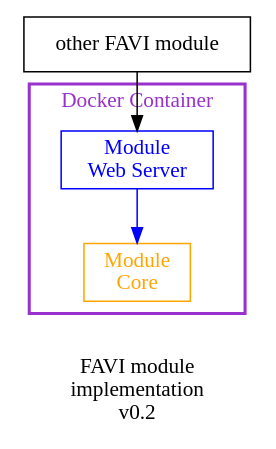
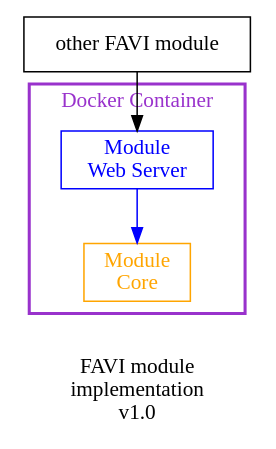
One commit to guild-st-isidore-TO/fabrica-virtualis changed the diagram in static/design/dot/favi-module.dot. Above: the diagram before and after it, drawn with Graphviz. The commit also changed 7 other files, not shown here.

```diff
--- a/static/design/dot/favi-module.dot
+++ b/static/design/dot/favi-module.dot
@@ -1,23 +1,23 @@
 digraph {
-    label = "\nFAVI module\nimplementation\nv0.2";
+    label = "\nFAVI module\nimplementation\nv1.0";
     node [shape = box;];
     
     extModule -> webServer;
     
     subgraph cluster_0 {
         label = "Docker Container";
         fontcolor = darkorchid;
         color = darkorchid;
         penwidth = 2;
         node [bgcolor = white;];
         
         
         webServer -> coreModule [color = blue;];
     }
     
     extModule [label = "other FAVI module";];
     
     webServer [label = "Module\nWeb Server";color = blue;fontcolor = blue;];
     
     coreModule [label = "Module\nCore";color = orange;fontcolor = orange;];
 }
```
